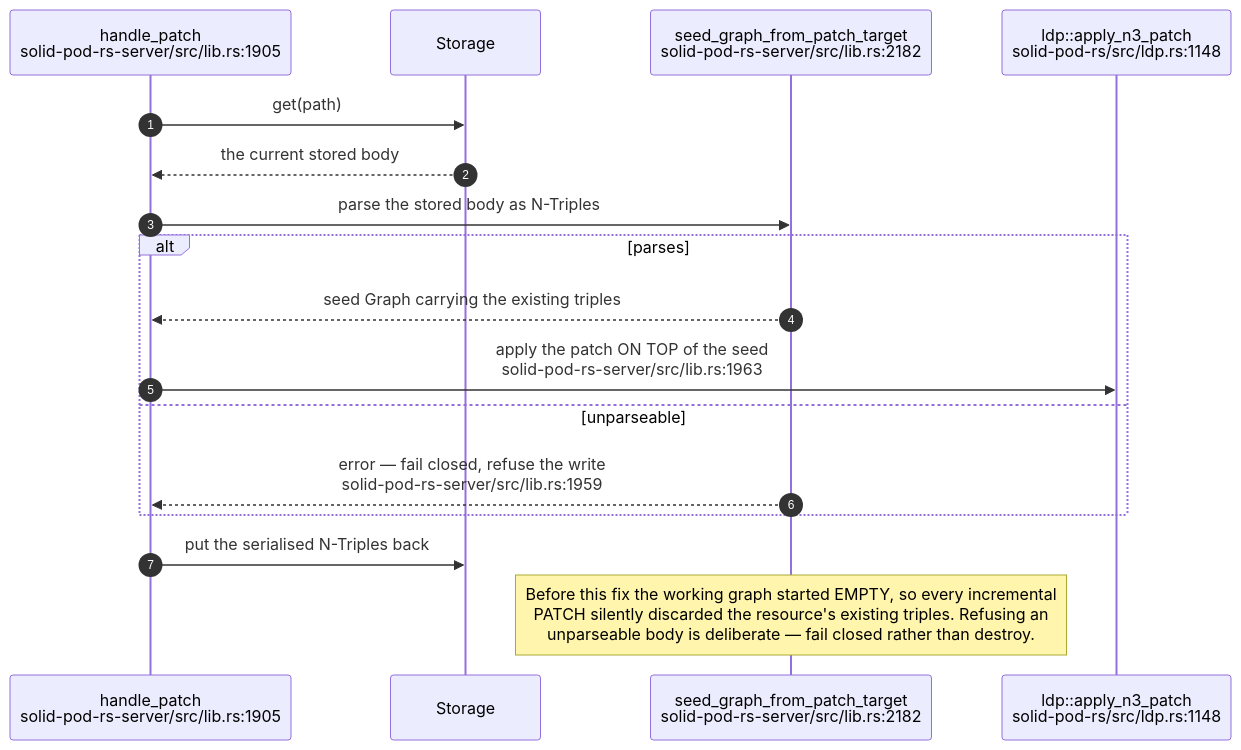
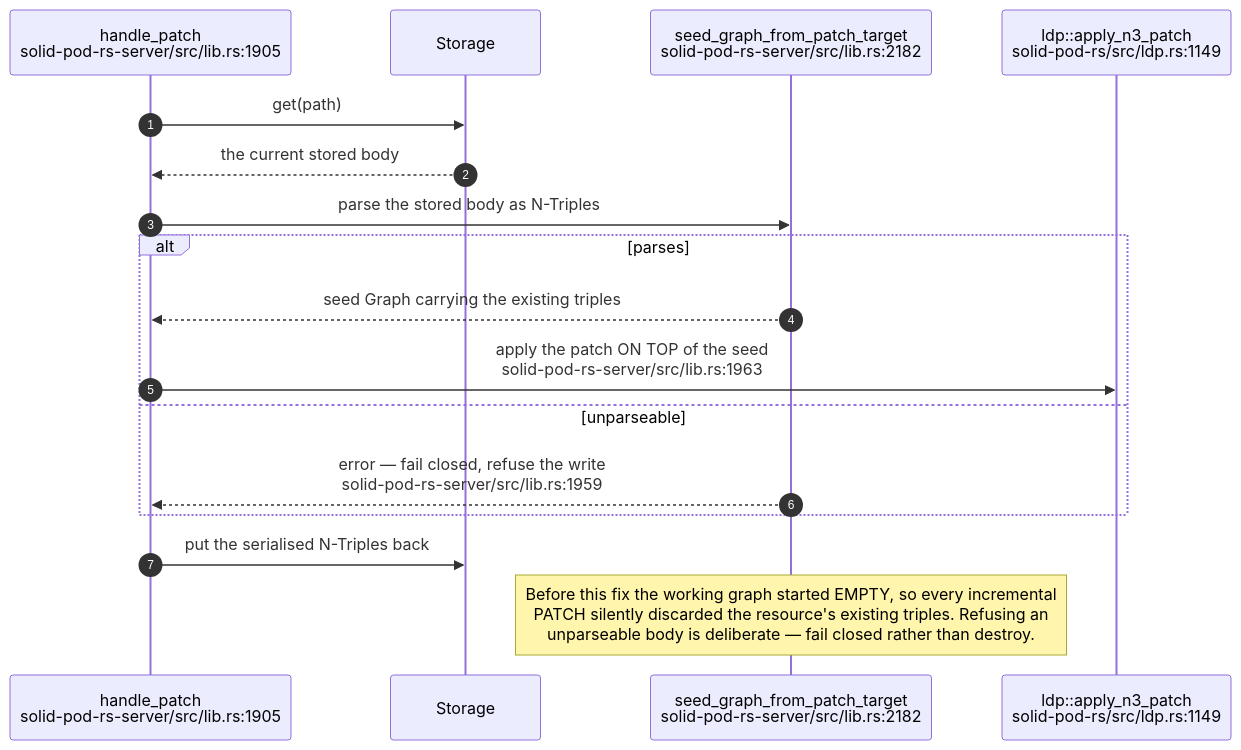
Before and after one commit to DreamLab-AI/VisionFlow: the sixth of 11 diagrams in docs/diagrams/solid-pod-rs/03-ldp-request-lifecycle.md, drawn with Mermaid. The commit also changed other lines of this file and 145 other files, not shown here.

````diff
--- a/docs/diagrams/solid-pod-rs/03-ldp-request-lifecycle.md
+++ b/docs/diagrams/solid-pod-rs/03-ldp-request-lifecycle.md
@@ -197,20 +197,20 @@
 ```mermaid
 sequenceDiagram
     autonumber
     participant P as handle_patch<br/>solid-pod-rs-server/src/lib.rs:1905
     participant S as Storage
     participant SG as seed_graph_from_patch_target<br/>solid-pod-rs-server/src/lib.rs:2182
-    participant AP as ldp::apply_n3_patch<br/>solid-pod-rs/src/ldp.rs:1148
+    participant AP as ldp::apply_n3_patch<br/>solid-pod-rs/src/ldp.rs:1149
 
     P->>S: get(path)
     S-->>P: the current stored body
     P->>SG: parse the stored body as N-Triples
     alt parses
         SG-->>P: seed Graph carrying the existing triples
         P->>AP: apply the patch ON TOP of the seed<br/>solid-pod-rs-server/src/lib.rs:1963
     else unparseable
         SG-->>P: error — fail closed, refuse the write<br/>solid-pod-rs-server/src/lib.rs:1959
     end
     P->>S: put the serialised N-Triples back
     Note over SG: Before this fix the working graph started EMPTY, so every incremental<br/>PATCH silently discarded the resource's existing triples. Refusing an<br/>unparseable body is deliberate — fail closed rather than destroy.
 ```
````
